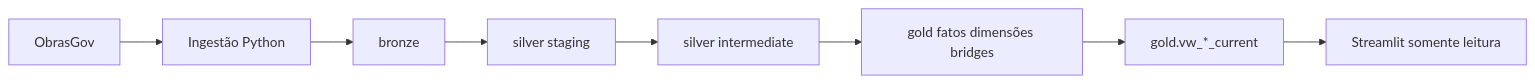
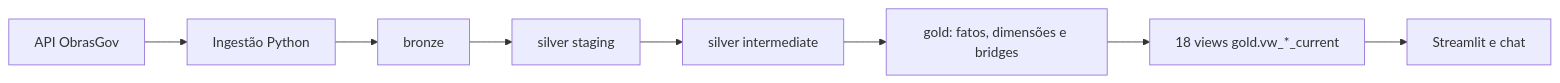
Before and after one commit to EJavierCosta/PROJETO_OBRASGOV: the diagram in docs/modelagem-dados.md, drawn with Mermaid. The commit also changed other lines of this file and 25 other files, not shown here.

````diff
--- a/docs/modelagem-dados.md
+++ b/docs/modelagem-dados.md
@@ -21,10 +32,10 @@
 ```mermaid
 flowchart LR
-    API[ObrasGov] --> ING[Ingestão Python]
+    API[API ObrasGov] --> ING[Ingestão Python]
     ING --> BR[bronze]
     BR --> STG[silver staging]
     STG --> INT[silver intermediate]
-    INT --> GD[gold fatos dimensões bridges]
-    GD --> VW[gold.vw_*_current]
-    VW --> APP[Streamlit somente leitura]
+    INT --> GD[gold: fatos, dimensões e bridges]
+    GD --> VW[18 views gold.vw_*_current]
+    VW --> APP[Streamlit e chat]
 ```
````
